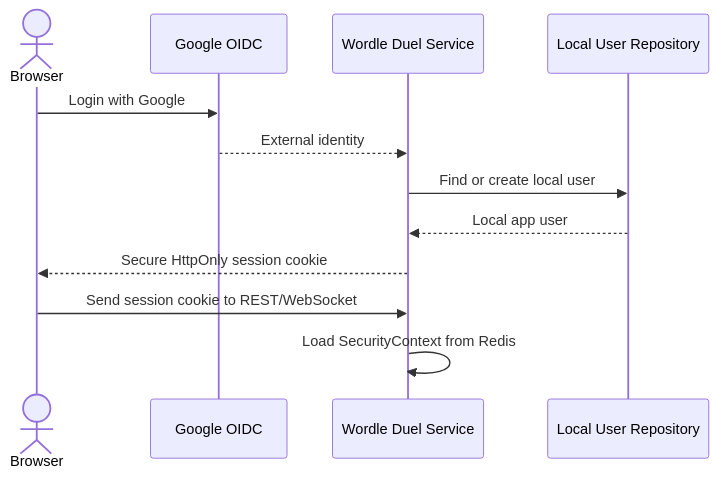
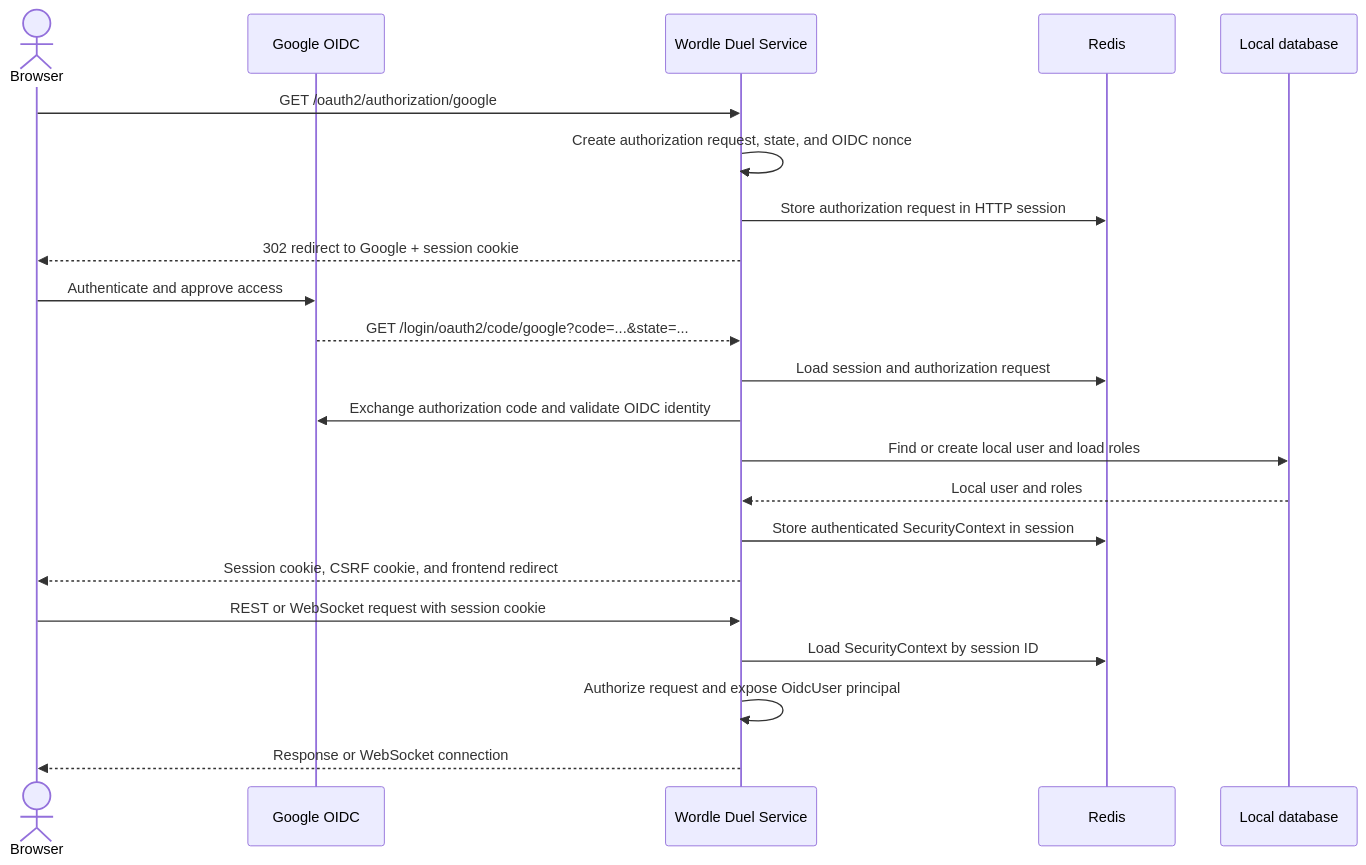
One commit to dario-mr/wordle-duel-service changed the diagram in docs/auth-flow-sequence.md. Above: the diagram before and after it, drawn with Mermaid. The commit also changed other lines of this file and 2 other files, not shown here.

Commit message:
chore(doc): update auth flow documentation

````diff
--- a/docs/auth-flow-sequence.md
+++ b/docs/auth-flow-sequence.md
@@ -9,14 +7,24 @@
 ```mermaid
 sequenceDiagram
     actor Browser
     participant Google as Google OIDC
     participant Service as Wordle Duel Service
-    participant UserRepo as Local User Repository
-    Browser ->> Google: Login with Google
-    Google -->> Service: External identity
-    Service ->> UserRepo: Find or create local user
-    UserRepo -->> Service: Local app user
-    Service -->> Browser: Secure HttpOnly session cookie
-    Browser ->> Service: Send session cookie to REST/WebSocket
-    Service ->> Service: Load SecurityContext from Redis
+    participant Redis
+    participant SQL as Local database
+    Browser ->> Service: GET /oauth2/authorization/google
+    Service ->> Service: Create authorization request, state, and OIDC nonce
+    Service ->> Redis: Store authorization request in HTTP session
+    Service -->> Browser: 302 redirect to Google + session cookie
+    Browser ->> Google: Authenticate and approve access
+    Google -->> Service: GET /login/oauth2/code/google?code=...&state=...
+    Service ->> Redis: Load session and authorization request
+    Service ->> Google: Exchange authorization code and validate OIDC identity
+    Service ->> SQL: Find or create local user and load roles
+    SQL -->> Service: Local user and roles
+    Service ->> Redis: Store authenticated SecurityContext in session
+    Service -->> Browser: Session cookie, CSRF cookie, and frontend redirect
+    Browser ->> Service: REST or WebSocket request with session cookie
+    Service ->> Redis: Load SecurityContext by session ID
+    Service ->> Service: Authorize request and expose OidcUser principal
+    Service -->> Browser: Response or WebSocket connection
 ```
````
